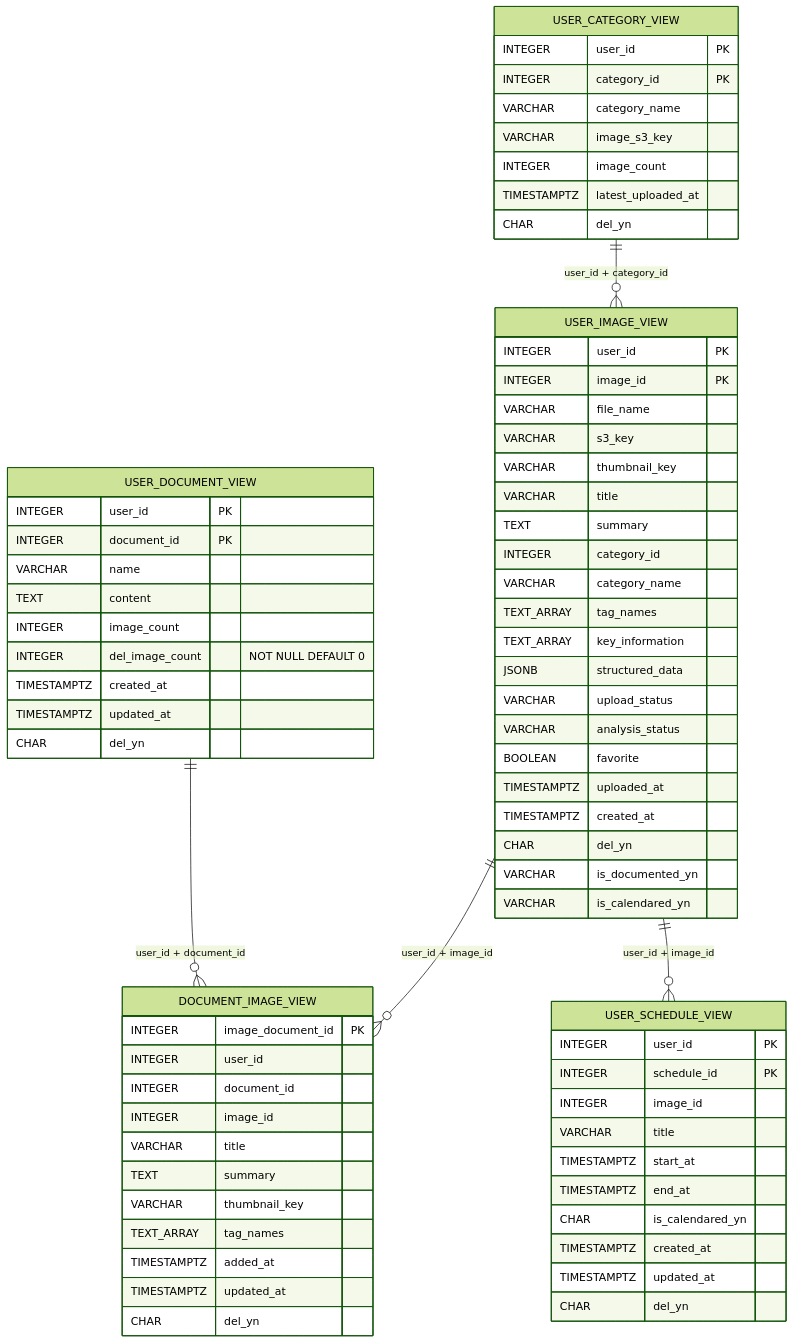
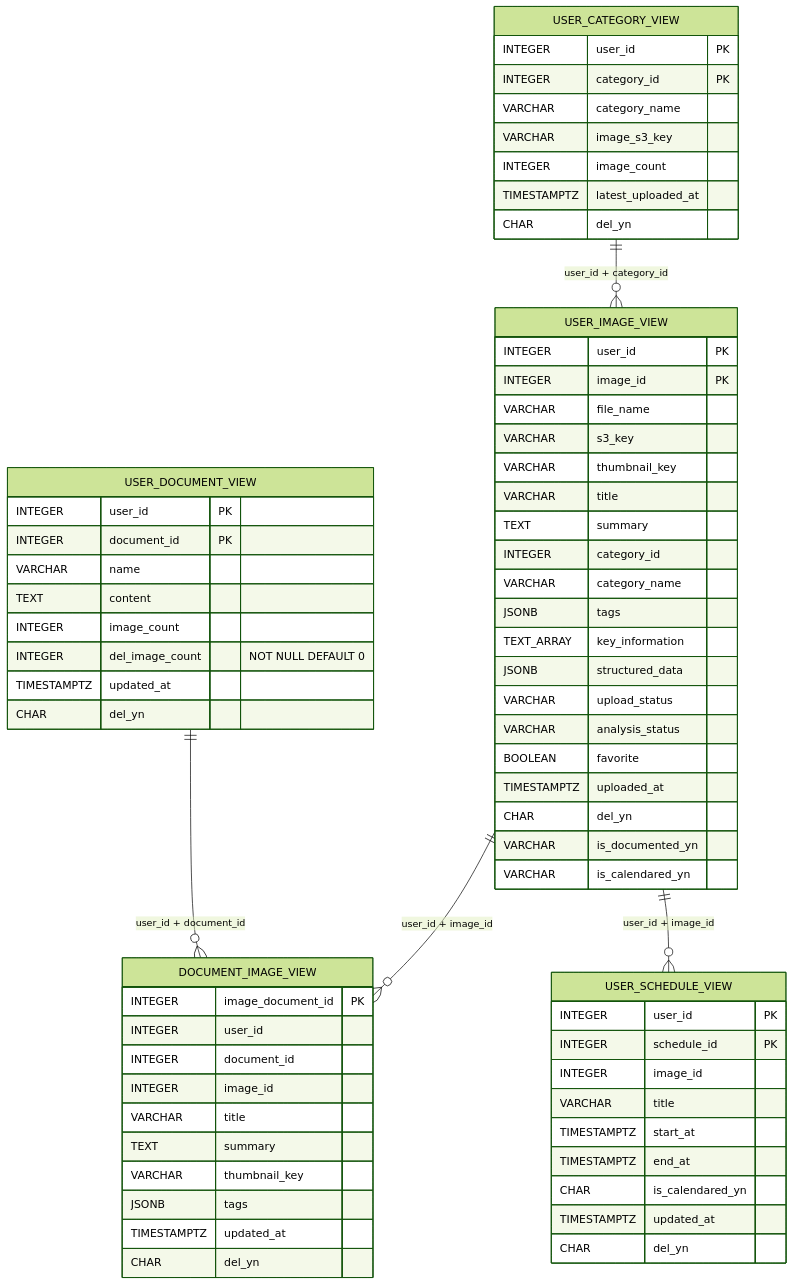
The third of 4 diagrams in backend/docs/database-erd.md (hantawon123/MODERA), drawn with Mermaid (forest theme) before and after one commit. The commit also changed other lines of this file and 21 other files, not shown here.

````diff
--- a/backend/docs/database-erd.md
+++ b/backend/docs/database-erd.md
@@ -299,79 +320,75 @@
 ```mermaid
 erDiagram
     USER_CATEGORY_VIEW ||--o{ USER_IMAGE_VIEW : "user_id + category_id"
     USER_IMAGE_VIEW ||--o{ DOCUMENT_IMAGE_VIEW : "user_id + image_id"
     USER_DOCUMENT_VIEW ||--o{ DOCUMENT_IMAGE_VIEW : "user_id + document_id"
     USER_IMAGE_VIEW ||--o{ USER_SCHEDULE_VIEW : "user_id + image_id"
 
     USER_IMAGE_VIEW {
         INTEGER user_id PK
         INTEGER image_id PK
         VARCHAR file_name
         VARCHAR s3_key
         VARCHAR thumbnail_key
         VARCHAR title
         TEXT summary
         INTEGER category_id
         VARCHAR category_name
-        TEXT_ARRAY tag_names
+        JSONB tags
         TEXT_ARRAY key_information
         JSONB structured_data
         VARCHAR upload_status
         VARCHAR analysis_status
         BOOLEAN favorite
         TIMESTAMPTZ uploaded_at
-        TIMESTAMPTZ created_at
         CHAR del_yn
         VARCHAR is_documented_yn
         VARCHAR is_calendared_yn
     }
 
     USER_CATEGORY_VIEW {
         INTEGER user_id PK
         INTEGER category_id PK
         VARCHAR category_name
         VARCHAR image_s3_key
         INTEGER image_count
         TIMESTAMPTZ latest_uploaded_at
         CHAR del_yn
     }
 
     USER_DOCUMENT_VIEW {
         INTEGER user_id PK
         INTEGER document_id PK
         VARCHAR name
         TEXT content
         INTEGER image_count
         INTEGER del_image_count "NOT NULL DEFAULT 0"
-        TIMESTAMPTZ created_at
         TIMESTAMPTZ updated_at
         CHAR del_yn
     }
 
     DOCUMENT_IMAGE_VIEW {
         INTEGER image_document_id PK
         INTEGER user_id
         INTEGER document_id
         INTEGER image_id
         VARCHAR title
         TEXT summary
         VARCHAR thumbnail_key
-        TEXT_ARRAY tag_names
-        TIMESTAMPTZ added_at
+        JSONB tags
         TIMESTAMPTZ updated_at
         CHAR del_yn
     }
 
     USER_SCHEDULE_VIEW {
         INTEGER user_id PK
         INTEGER schedule_id PK
         INTEGER image_id
         VARCHAR title
         TIMESTAMPTZ start_at
         TIMESTAMPTZ end_at
         CHAR is_calendared_yn
-        TIMESTAMPTZ created_at
         TIMESTAMPTZ updated_at
         CHAR del_yn
     }
 ```
````
